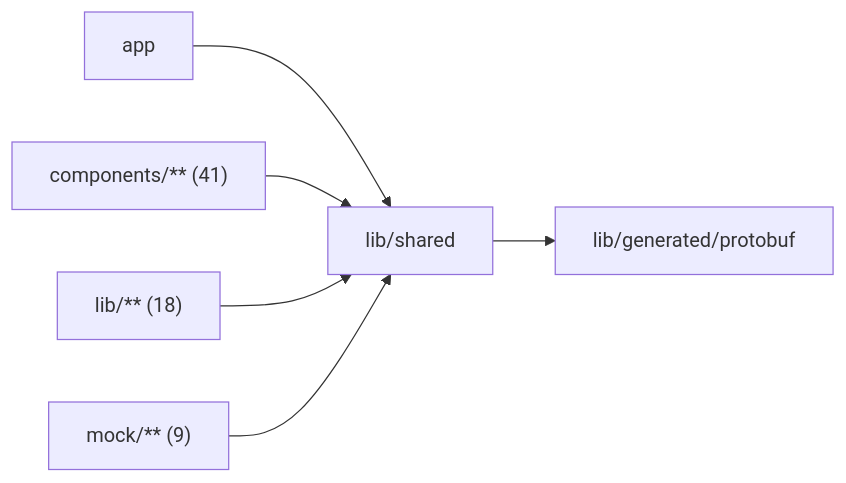
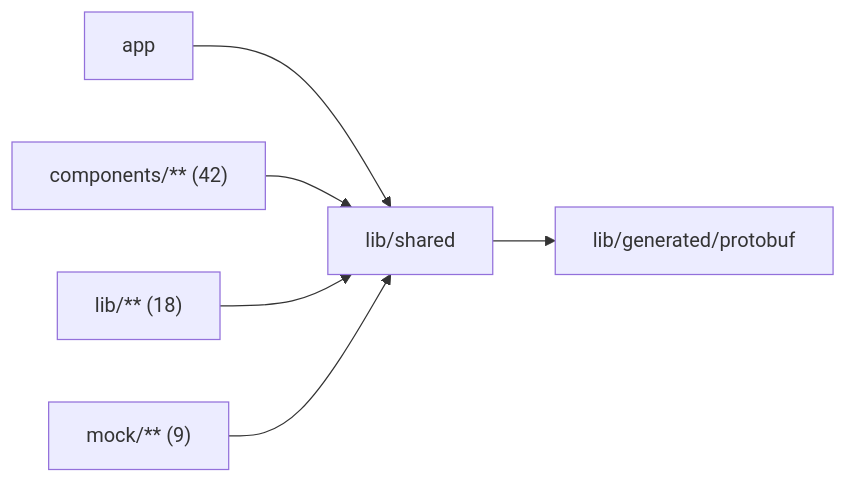
Before and after one commit to superdurable/superverse: the diagram in web/studio/lib/shared/README.md, drawn with Mermaid. The commit also changed other lines of this file and 47 other files, not shown here.

````diff
--- a/web/studio/lib/shared/README.md
+++ b/web/studio/lib/shared/README.md
@@ -10,9 +10,9 @@
 ```mermaid
 flowchart LR
   self["lib/shared"]
   c0["app"] --> self
-  c1["components/** (41)"] --> self
+  c1["components/** (42)"] --> self
   c2["lib/** (18)"] --> self
   c3["mock/** (9)"] --> self
   self --> d0["lib/generated/protobuf"]
 ```
````
